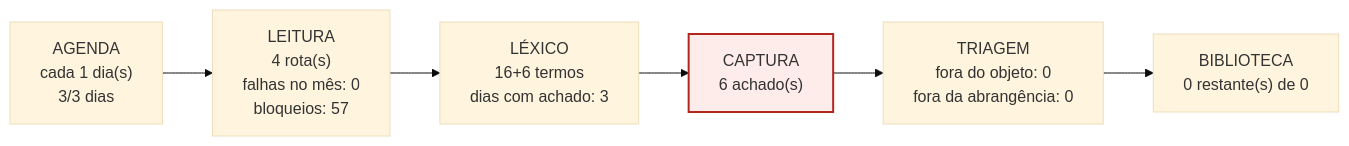
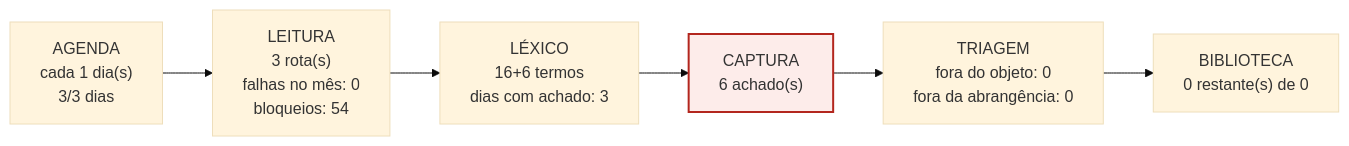
One commit to amcjardimamerica-arch/Eldorado changed the sixth of 30 diagrams in biblioteca_alexandria/pareceres/RELATORIO-MOTORES-INDIVIDUAL-2026-09-24.md. Above: the diagram before and after it, drawn with Mermaid (base theme). The commit also changed other lines of this file and 10 other files, not shown here.

````diff
--- a/biblioteca_alexandria/pareceres/RELATORIO-MOTORES-INDIVIDUAL-2026-09-24.md
+++ b/biblioteca_alexandria/pareceres/RELATORIO-MOTORES-INDIVIDUAL-2026-09-24.md
@@ -257,11 +257,11 @@
 ```mermaid
 flowchart LR
   A["AGENDA<br/>cada 1 dia(s)<br/>3/3 dias"]
-  L["LEITURA<br/>4 rota(s)<br/>falhas no mês: 0<br/>bloqueios: 57"]
+  L["LEITURA<br/>3 rota(s)<br/>falhas no mês: 0<br/>bloqueios: 54"]
   X["LÉXICO<br/>16+6 termos<br/>dias com achado: 3"]
   C["CAPTURA<br/>6 achado(s)"]
   T["TRIAGEM<br/>fora do objeto: 0<br/>fora da abrangência: 0"]
   B["BIBLIOTECA<br/>0 restante(s) de 0"]
   A --> L --> X --> C --> T --> B
   style C fill:#FDECEA,stroke:#B3261E,stroke-width:2px
 ```
````
